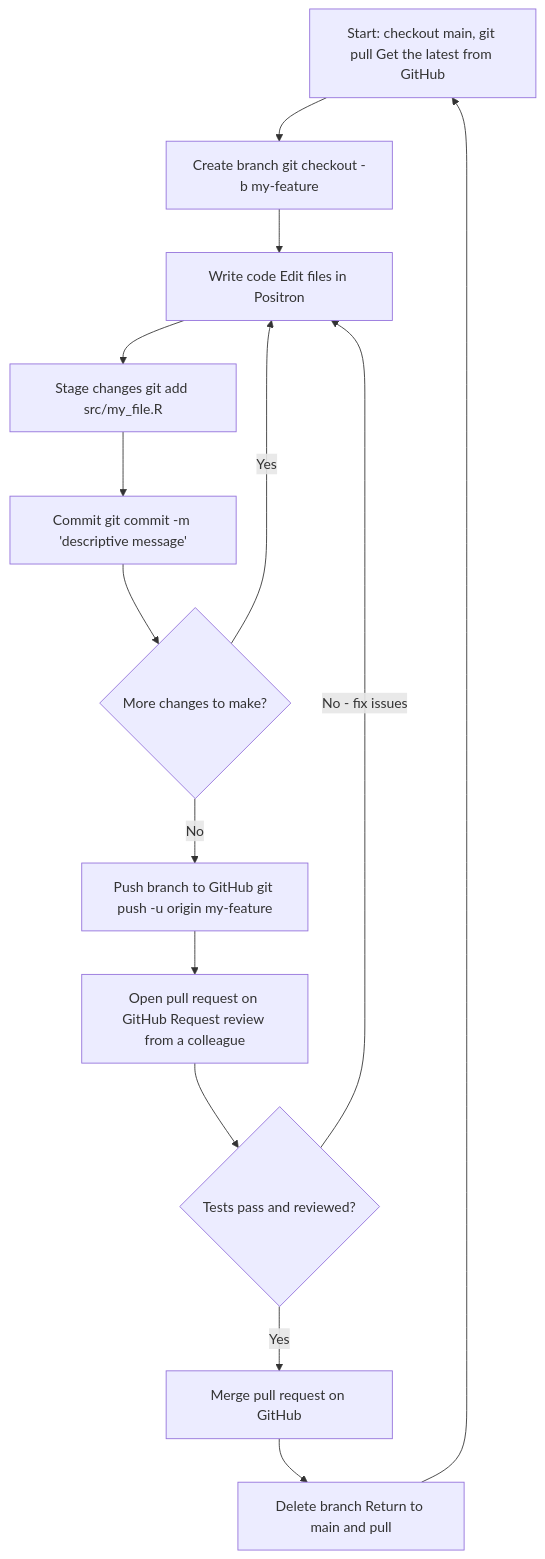
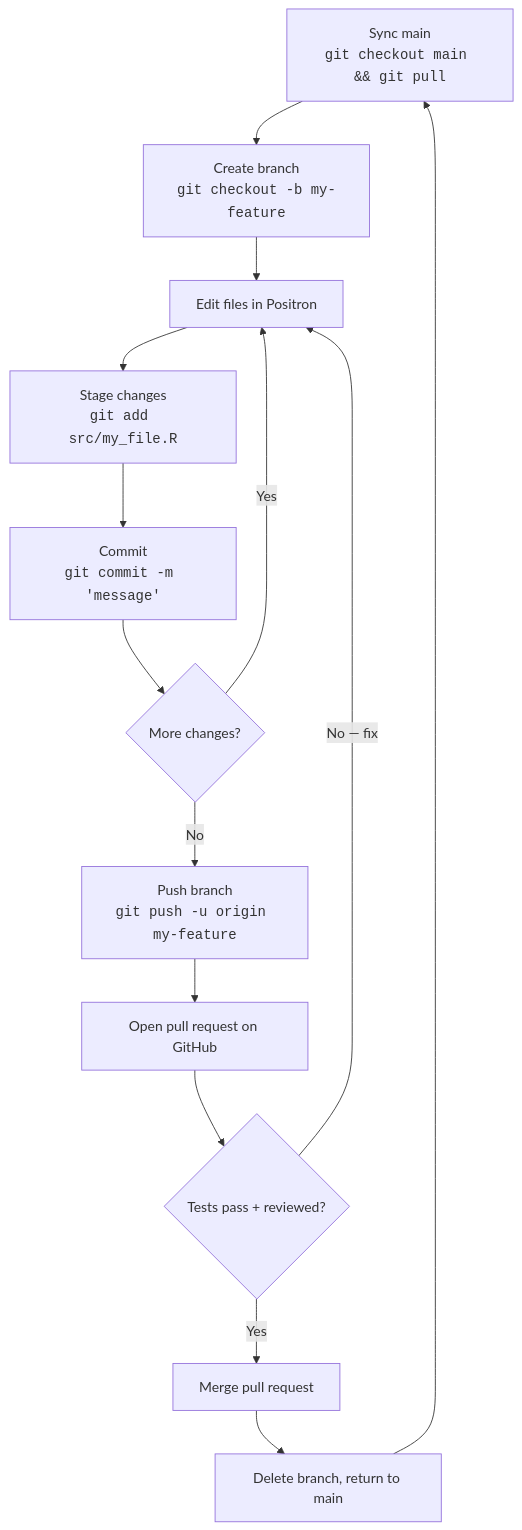
One commit to Ch3w3y/docker_gcp changed the sixth of 6 diagrams in docs/git-fundamentals.md. Above: the diagram before and after it, drawn with Mermaid. The commit also changed other lines of this file, not shown here.

Commit message:
docs: refine git-fundamentals fetch-merge-push flowchart with concise node labels (#11)

````diff
--- a/docs/git-fundamentals.md
+++ b/docs/git-fundamentals.md
@@ -276,28 +276,20 @@
 ```mermaid
 flowchart TD
-    A["Start: checkout main, git pull Get the latest from GitHub"] --> B
+    A["Sync main<br/><code>git checkout main && git pull</code>"]
+    B["Create branch<br/><code>git checkout -b my-feature</code>"]
+    C["Edit files in Positron"]
+    D["Stage changes<br/><code>git add src/my_file.R</code>"]
+    E["Commit<br/><code>git commit -m 'message'</code>"]
+    F{More changes?}
+    G["Push branch<br/><code>git push -u origin my-feature</code>"]
+    H["Open pull request on GitHub"]
+    I{Tests pass + reviewed?}
+    J["Merge pull request"]
+    K["Delete branch, return to main"]
 
-    B["Create branch git checkout -b my-feature"] --> C
-
-    C["Write code Edit files in Positron"] --> D
-
-    D["Stage changes git add src/my_file.R"] --> E
-
-    E["Commit git commit -m 'descriptive message'"] --> F
-
-    F{More changes to make?}
+    A --> B --> C --> D --> E --> F
     F -->|Yes| C
-    F -->|No| G
-
-    G["Push branch to GitHub git push -u origin my-feature"] --> H
-
-    H["Open pull request on GitHub Request review from a colleague"] --> I
-
-    I{Tests pass and reviewed?}
-    I -->|No - fix issues| C
-    I -->|Yes| J
-
-    J["Merge pull request on GitHub"] --> K
-
-    K["Delete branch Return to main and pull"] --> A
+    F -->|No| G --> H --> I
+    I -->|No — fix| C
+    I -->|Yes| J --> K --> A
 ```
````
